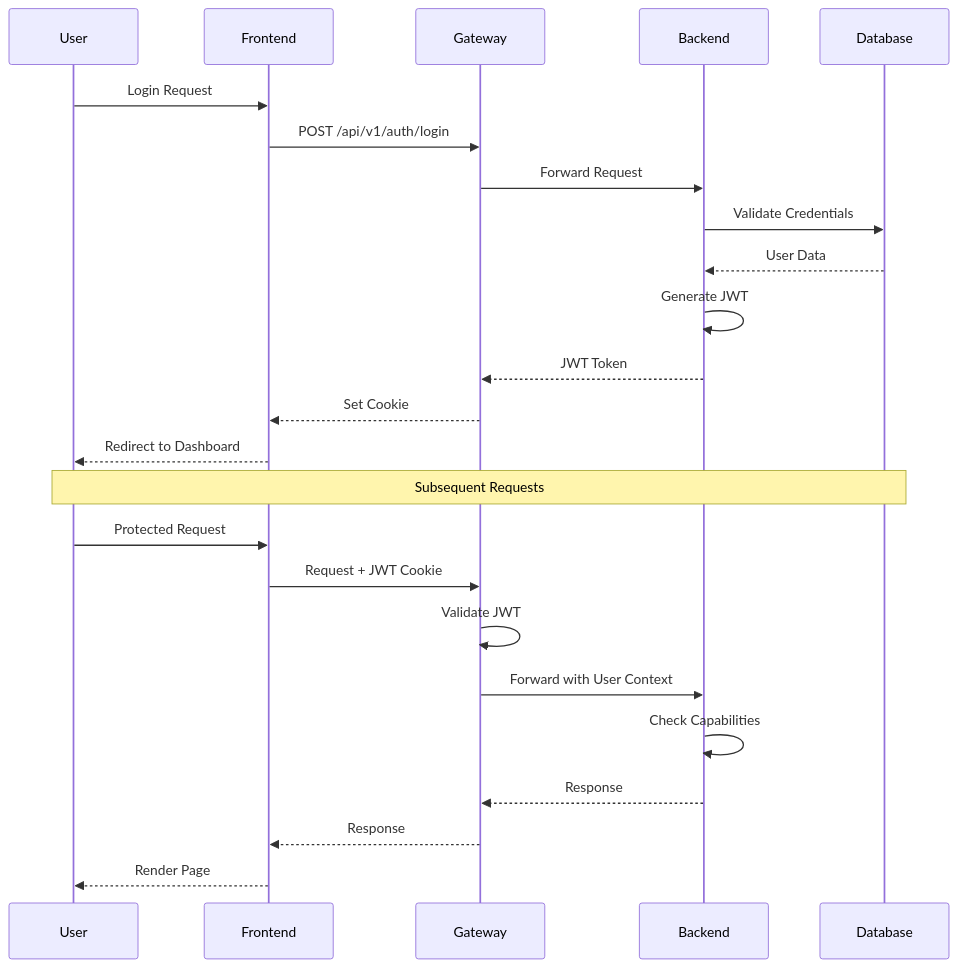
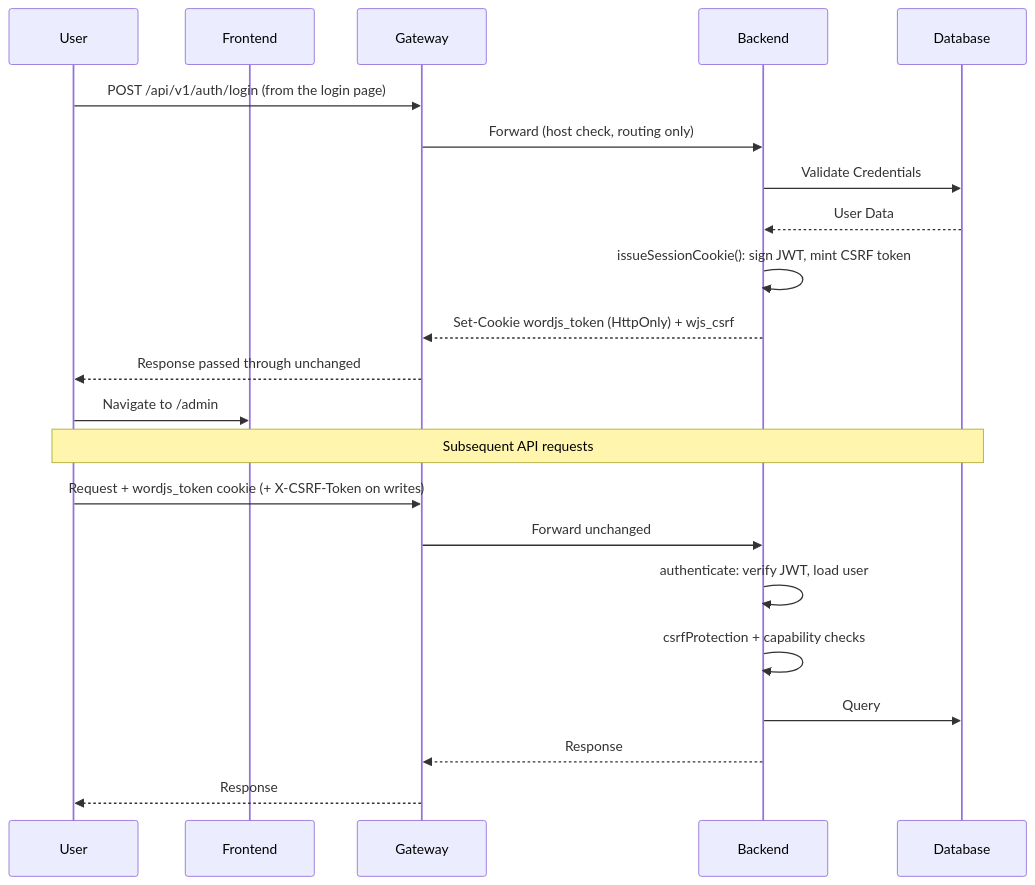
The eighth of 11 diagrams in documentation/architecture.md (jaimemartinez/wordjs), drawn with Mermaid before and after one commit. The commit also changed other lines of this file and 48 other files, not shown here.

````diff
--- a/documentation/architecture.md
+++ b/documentation/architecture.md
@@ -457,29 +466,27 @@
 ```mermaid
 sequenceDiagram
     participant U as User
     participant F as Frontend
     participant G as Gateway
     participant B as Backend
     participant DB as Database
 
-    U->>F: Login Request
-    F->>G: POST /api/v1/auth/login
-    G->>B: Forward Request
+    U->>G: POST /api/v1/auth/login (from the login page)
+    G->>B: Forward (host check, routing only)
     B->>DB: Validate Credentials
     DB-->>B: User Data
-    B->>B: Generate JWT
-    B-->>G: JWT Token
-    G-->>F: Set Cookie
-    F-->>U: Redirect to Dashboard
+    B->>B: issueSessionCookie(): sign JWT, mint CSRF token
+    B-->>G: Set-Cookie wordjs_token (HttpOnly) + wjs_csrf
+    G-->>U: Response passed through unchanged
+    U->>F: Navigate to /admin
 
-    Note over U,DB: Subsequent Requests
+    Note over U,DB: Subsequent API requests
 
-    U->>F: Protected Request
-    F->>G: Request + JWT Cookie
-    G->>G: Validate JWT
-    G->>B: Forward with User Context
-    B->>B: Check Capabilities
+    U->>G: Request + wordjs_token cookie (+ X-CSRF-Token on writes)
+    G->>B: Forward unchanged
+    B->>B: authenticate: verify JWT, load user
+    B->>B: csrfProtection + capability checks
+    B->>DB: Query
     B-->>G: Response
-    G-->>F: Response
-    F-->>U: Render Page
+    G-->>U: Response
 ```
````
